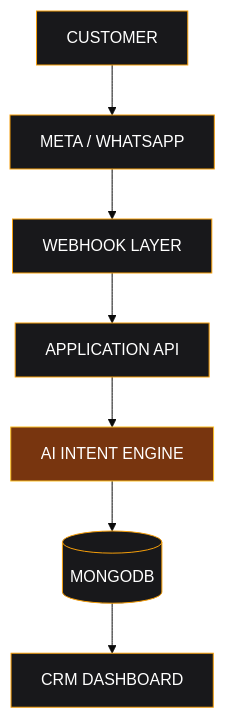
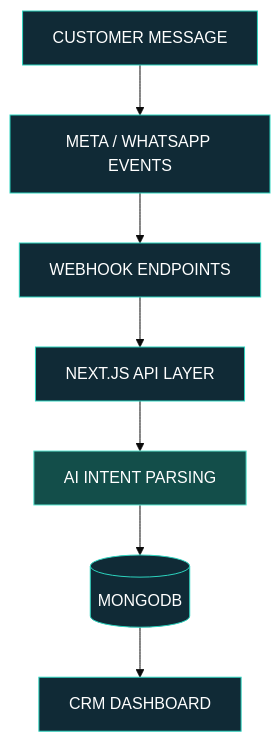
One commit to Talha0708/Talha0708 changed the second of 3 diagrams in README.md. Above: the diagram before and after it, drawn with Mermaid (base theme). The commit also changed other lines of this file, not shown here.

````diff
--- a/README.md
+++ b/README.md
@@ -171,17 +375,17 @@
 ```mermaid
 flowchart TD
-    U["CUSTOMER"] --> M["META / WHATSAPP"]
-    M --> W["WEBHOOK LAYER"]
-    W --> A["APPLICATION API"]
-    A --> AI["AI INTENT ENGINE"]
-    AI --> DB[("MONGODB")]
-    DB --> D["CRM DASHBOARD"]
+    A["CUSTOMER MESSAGE"] --> B["META / WHATSAPP EVENTS"]
+    B --> C["WEBHOOK ENDPOINTS"]
+    C --> D["NEXT.JS API LAYER"]
+    D --> E["AI INTENT PARSING"]
+    E --> F[("MONGODB")]
+    F --> G["CRM DASHBOARD"]
 
-    style U fill:#18181B,stroke:#F59E0B,color:#fff
-    style M fill:#18181B,stroke:#F59E0B,color:#fff
-    style W fill:#18181B,stroke:#F59E0B,color:#fff
-    style A fill:#18181B,stroke:#F59E0B,color:#fff
-    style AI fill:#78350F,stroke:#FBBF24,color:#fff
-    style DB fill:#18181B,stroke:#F59E0B,color:#fff
-    style D fill:#18181B,stroke:#F59E0B,color:#fff
+    style A fill:#102A36,stroke:#2DD4BF,color:#fff
+    style B fill:#102A36,stroke:#2DD4BF,color:#fff
+    style C fill:#102A36,stroke:#2DD4BF,color:#fff
+    style D fill:#102A36,stroke:#2DD4BF,color:#fff
+    style E fill:#134E4A,stroke:#5EEAD4,color:#fff
+    style F fill:#102A36,stroke:#2DD4BF,color:#fff
+    style G fill:#102A36,stroke:#2DD4BF,color:#fff
 ```
````
